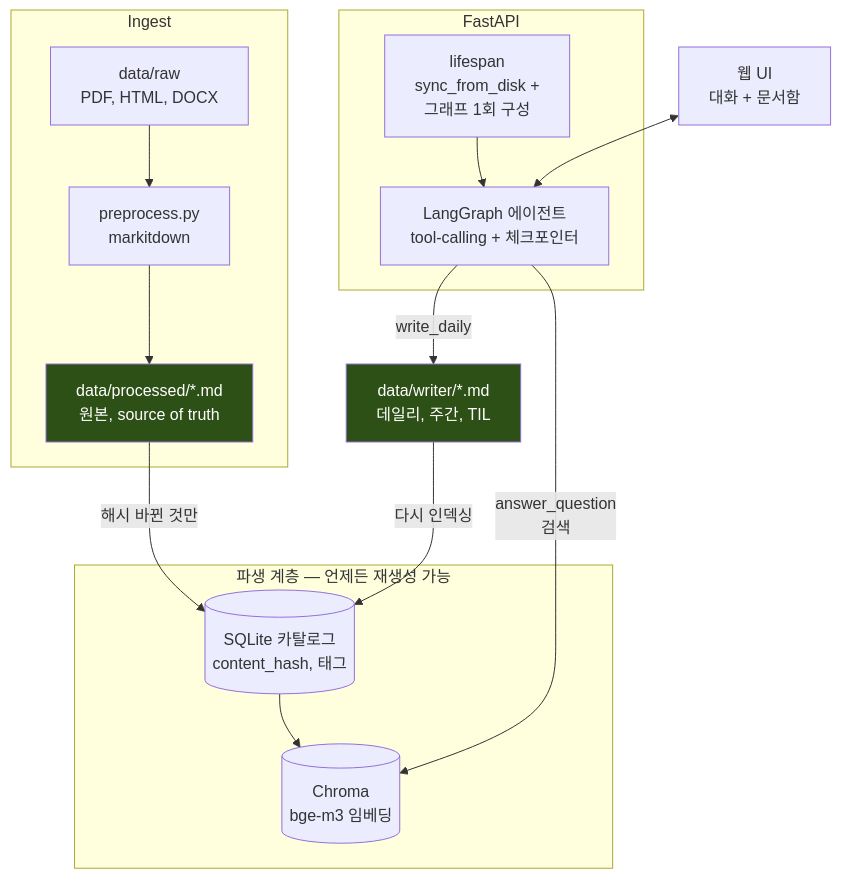
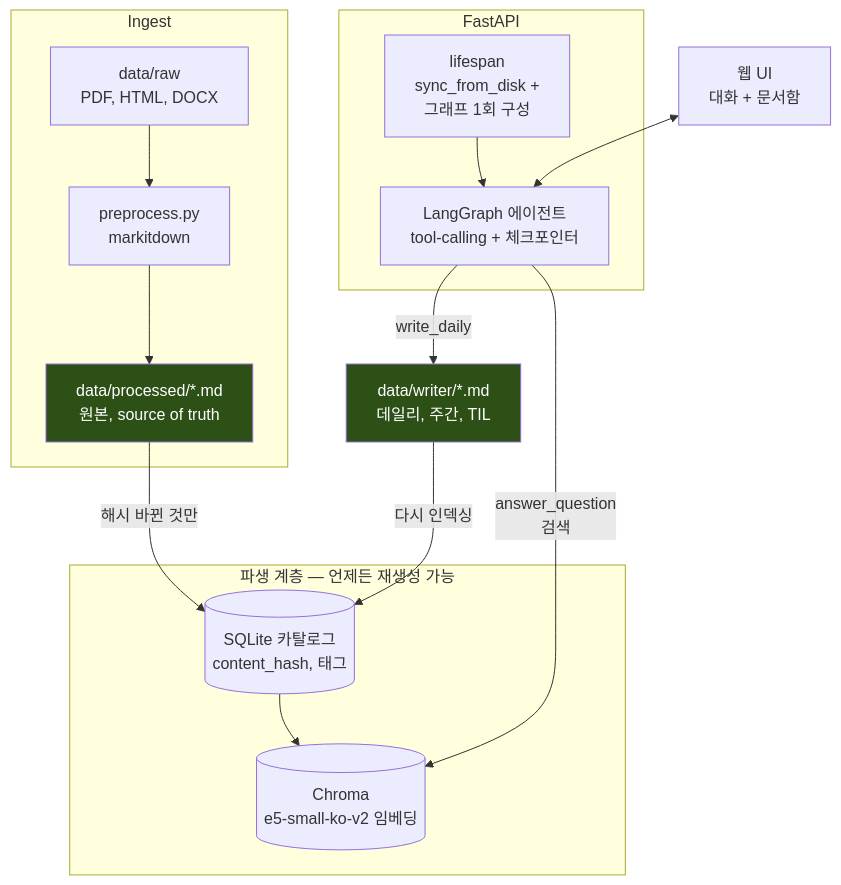
Before and after one commit to nuebaek/knowledge-gardener: the second of 2 diagrams in README.md, drawn with Mermaid. The commit also changed other lines of this file and 3 other files, not shown here.

````diff
--- a/README.md
+++ b/README.md
@@ -112,33 +115,33 @@
 ```mermaid
 flowchart TB
     subgraph ingest["Ingest"]
         RAW["data/raw<br/>PDF, HTML, DOCX"]
         PRE["preprocess.py<br/>markitdown"]
         MD["data/processed/*.md<br/>원본, source of truth"]
         RAW --> PRE --> MD
     end
 
     subgraph derived["파생 계층 — 언제든 재생성 가능"]
         CAT[("SQLite 카탈로그<br/>content_hash, 태그")]
-        VEC[("Chroma<br/>bge-m3 임베딩")]
+        VEC[("Chroma<br/>e5-small-ko-v2 임베딩")]
     end
 
     subgraph app["FastAPI"]
         LIFE["lifespan<br/>sync_from_disk +<br/>그래프 1회 구성"]
         AGENT["LangGraph 에이전트<br/>tool-calling + 체크포인터"]
     end
 
     NOTES["data/writer/*.md<br/>데일리, 주간, TIL"]
 
     MD -->|"해시 바뀐 것만"| CAT
     CAT --> VEC
     LIFE --> AGENT
     AGENT -->|"answer_question<br/>검색"| VEC
     AGENT -->|write_daily| NOTES
     NOTES -->|다시 인덱싱| CAT
 
     UI["웹 UI<br/>대화 + 문서함"] <--> AGENT
 
     style MD fill:#2d5016,color:#fff
     style NOTES fill:#2d5016,color:#fff
 ```
````
